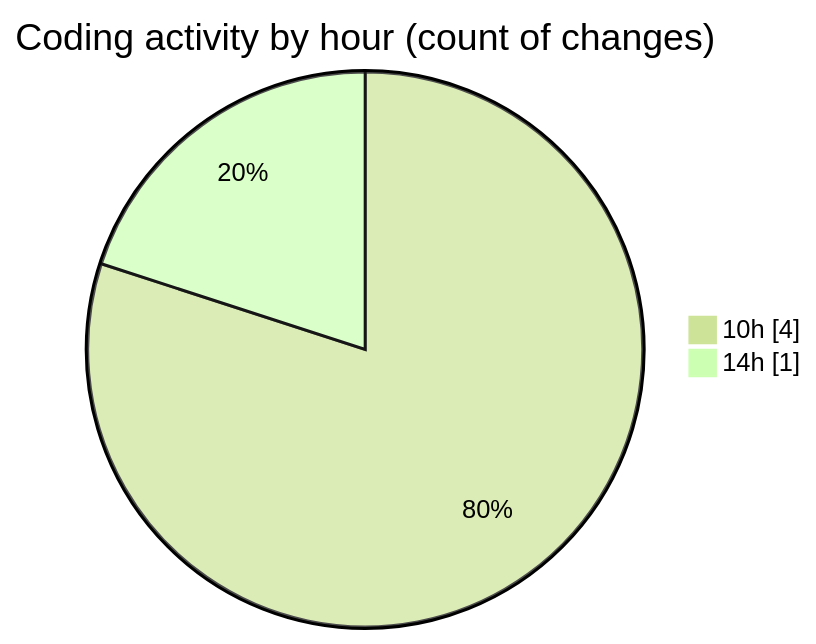
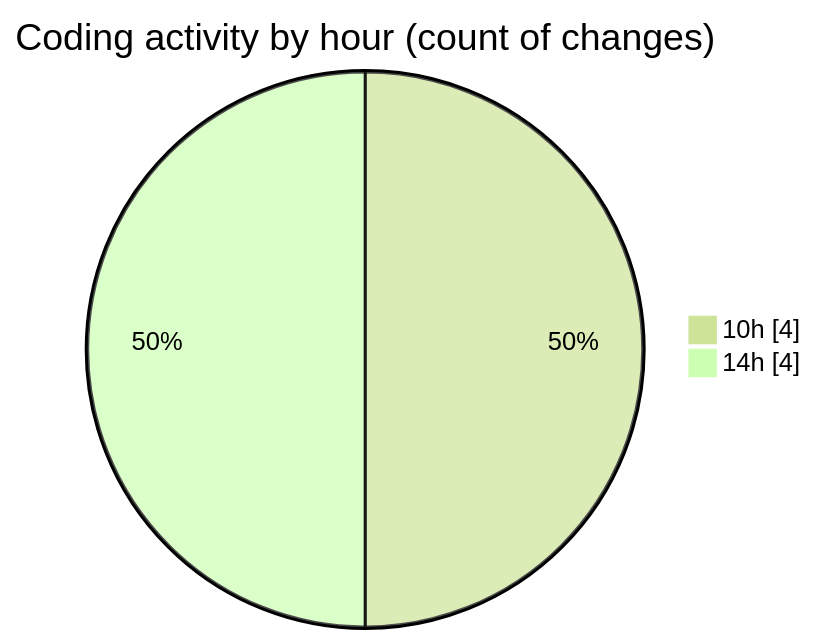
The second of 2 diagrams in 2025-02-09/koderunner/README.md (charlie-sans/code-tracking), drawn with Mermaid (forest theme) before and after one commit. The commit also changed other lines of this file and 1 other file, not shown here.

````diff
--- a/2025-02-09/koderunner/README.md
+++ b/2025-02-09/koderunner/README.md
@@ -28,6 +30,6 @@
 ```mermaid
 pie showData
 title Coding activity by hour (count of changes)
 "10h" : 4
-"14h" : 1
+"14h" : 4
 ```
````
